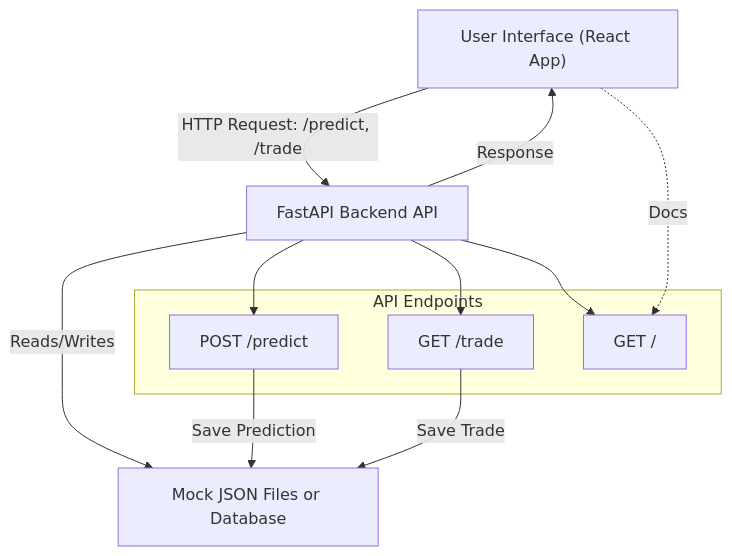
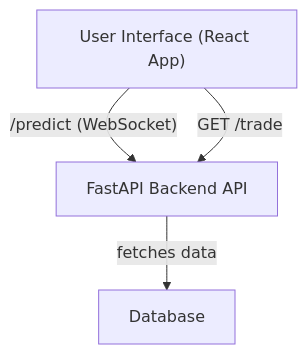
Before and after one commit to shaqshaw/candle-whisperer-api: the diagram in backend/README.md, drawn with Mermaid. The commit also changed 2 other files, not shown here.

Commit message:
docs + mock data

````diff
--- a/backend/README.md
+++ b/backend/README.md
@@ -7,25 +7,10 @@
 ```mermaid
 flowchart TD
     A["User Interface (React App)"]
     B["FastAPI Backend API"]
-    C["Mock JSON Files or Database"]
+    C["Database"]
 
-    A -- "HTTP Request: /predict, /trade" --> B
-    B -- "Reads/Writes" --> C
-    B -- "Response" --> A
-
-    subgraph "API Endpoints"
-        B1["POST /predict"]
-        B2["GET /trade"]
-        B3["GET /"]
-    end
-
-    B --> B1
-    B --> B2
-    B --> B3
-
-    B1 -- "Save Prediction" --> C
-    B2 -- "Save Trade" --> C
-
-    A -.->|"Docs"| B3
+    A -- "/predict (WebSocket)" --> B
+    A -- "GET /trade" --> B
+    B -- "fetches data" --> C
 ```
````
